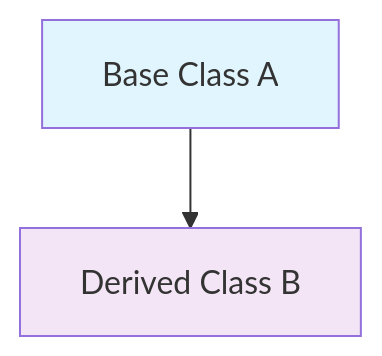
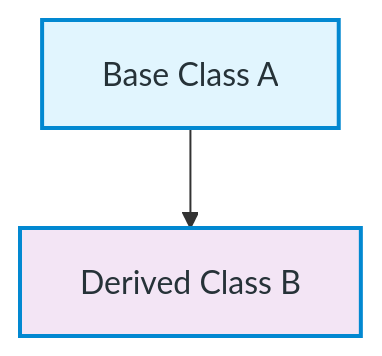
Before and after one commit to joyandrew-github/DSA_CPP: the second of 9 diagrams in OOPS/Inheritance/Inheritance_Types_Complete_Guide.md, drawn with Mermaid. The commit also changed other lines of this file, not shown here.

First line of the commit message:
docs: fix mermaid diagram colors for visibility

````diff
--- a/OOPS/Inheritance/Inheritance_Types_Complete_Guide.md
+++ b/OOPS/Inheritance/Inheritance_Types_Complete_Guide.md
@@ -57,6 +65,10 @@
 ```mermaid
 graph TD
     A[Base Class A] --> B[Derived Class B]
-    style A fill:#e1f5fe
-    style B fill:#f3e5f5
+    
+    classDef baseClass fill:#E1F5FE,color:#263238,stroke:#0288D1,stroke-width:2px
+    classDef derivedClass fill:#F3E5F5,color:#263238,stroke:#0288D1,stroke-width:2px
+    
+    class A baseClass
+    class B derivedClass
 ```
````
